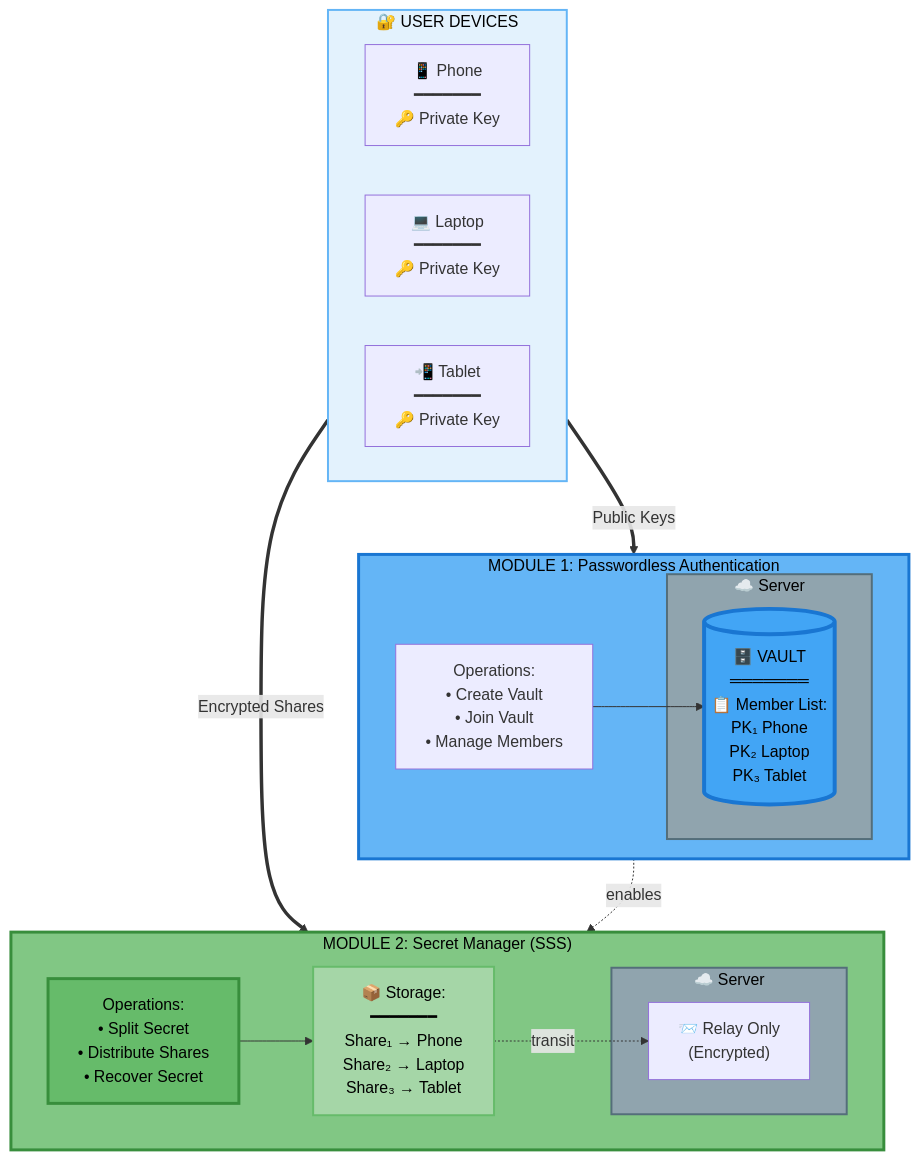
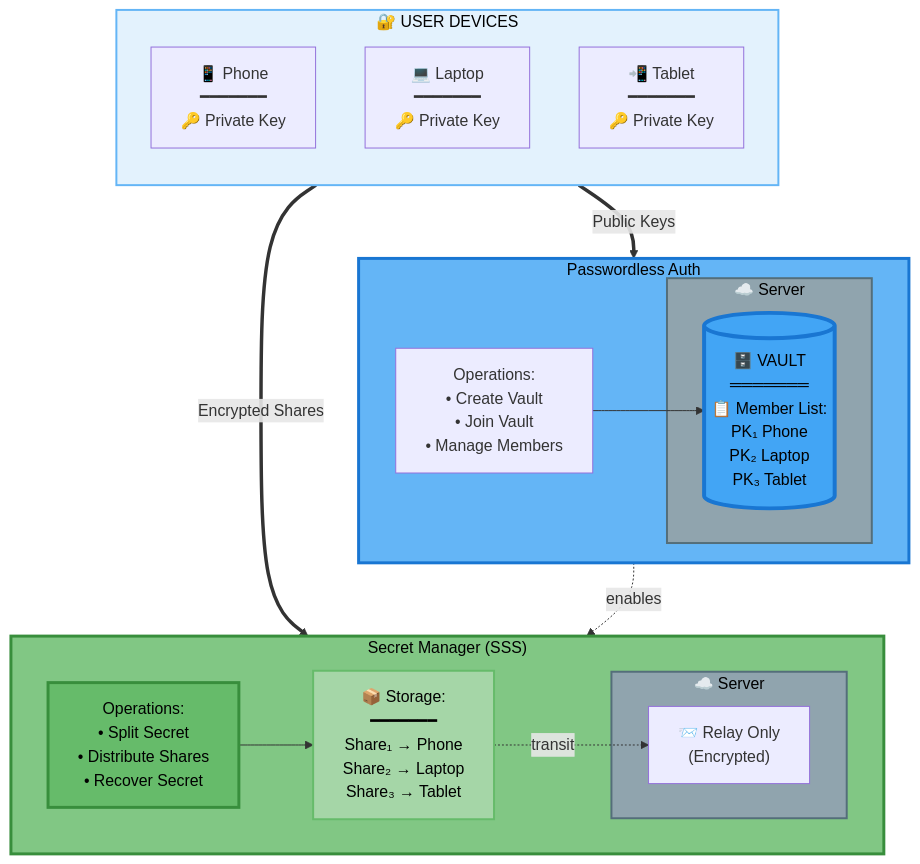
Before and after one commit to meta-secret/meta-secret-core: the second of 12 diagrams in docs/meta-secret-technical-presentation.md, drawn with Mermaid.

Commit message:
Refactor flowchart and module titles in presentation
Updated the flowchart structure and module titles in the technical presentation.

````diff
--- a/docs/meta-secret-technical-presentation.md
+++ b/docs/meta-secret-technical-presentation.md
@@ -181,50 +181,50 @@
 ```mermaid
 flowchart TB
     subgraph LAYER1["🔐 USER DEVICES"]
-        direction LR
+        direction TB
         D1["📱 Phone<br/>━━━━━━━<br/>🔑 Private Key"]
         D2["💻 Laptop<br/>━━━━━━━<br/>🔑 Private Key"]
         D3["📲 Tablet<br/>━━━━━━━<br/>🔑 Private Key"]
     end
     
-    subgraph LAYER2["MODULE 1: Passwordless Authentication"]
+    subgraph LAYER2["Passwordless Auth"]
         direction LR
         
         ACTIONS1["Operations:<br/>• Create Vault<br/>• Join Vault<br/>• Manage Members"]
         
         subgraph SRV1["☁️ Server"]
             VAULT[("🗄️ VAULT<br/>═══════<br/>📋 Member List:<br/>PK₁ Phone<br/>PK₂ Laptop<br/>PK₃ Tablet")]
         end
         
         ACTIONS1 --> VAULT
     end
     
-    subgraph LAYER3["MODULE 2: Secret Manager (SSS)"]
+    subgraph LAYER3["Secret Manager (SSS)"]
         direction LR
         
         SPLIT["Operations:<br/>• Split Secret<br/>• Distribute Shares<br/>• Recover Secret"]
         
         SHARES["📦 Storage:<br/>━━━━━━━<br/>Share₁ → Phone<br/>Share₂ → Laptop<br/>Share₃ → Tablet"]
         
         subgraph SRV2["☁️ Server"]
             RELAY["📨 Relay Only<br/>(Encrypted)"]
         end
         
         SPLIT --> SHARES
         SHARES -.->|transit| RELAY
     end
     
     LAYER1 ==>|Public Keys| LAYER2
     LAYER1 ==>|Encrypted Shares| LAYER3
     
     LAYER2 -.->|enables| LAYER3
     
     style VAULT fill:#42a5f5,color:#000,stroke:#1976d2,stroke-width:4px
     style SPLIT fill:#66bb6a,color:#000,stroke:#388e3c,stroke-width:3px
     style LAYER1 fill:#e3f2fd,stroke:#64b5f6,stroke-width:2px,color:#000
     style LAYER2 fill:#64b5f6,color:#000,stroke:#1976d2,stroke-width:3px
     style LAYER3 fill:#81c784,color:#000,stroke:#388e3c,stroke-width:3px
     style SRV1 fill:#90a4ae,color:#000,stroke:#546e7a,stroke-width:2px
     style SRV2 fill:#90a4ae,color:#000,stroke:#546e7a,stroke-width:2px
     style SHARES fill:#a5d6a7,color:#000,stroke:#66bb6a,stroke-width:2px
 ```
````
